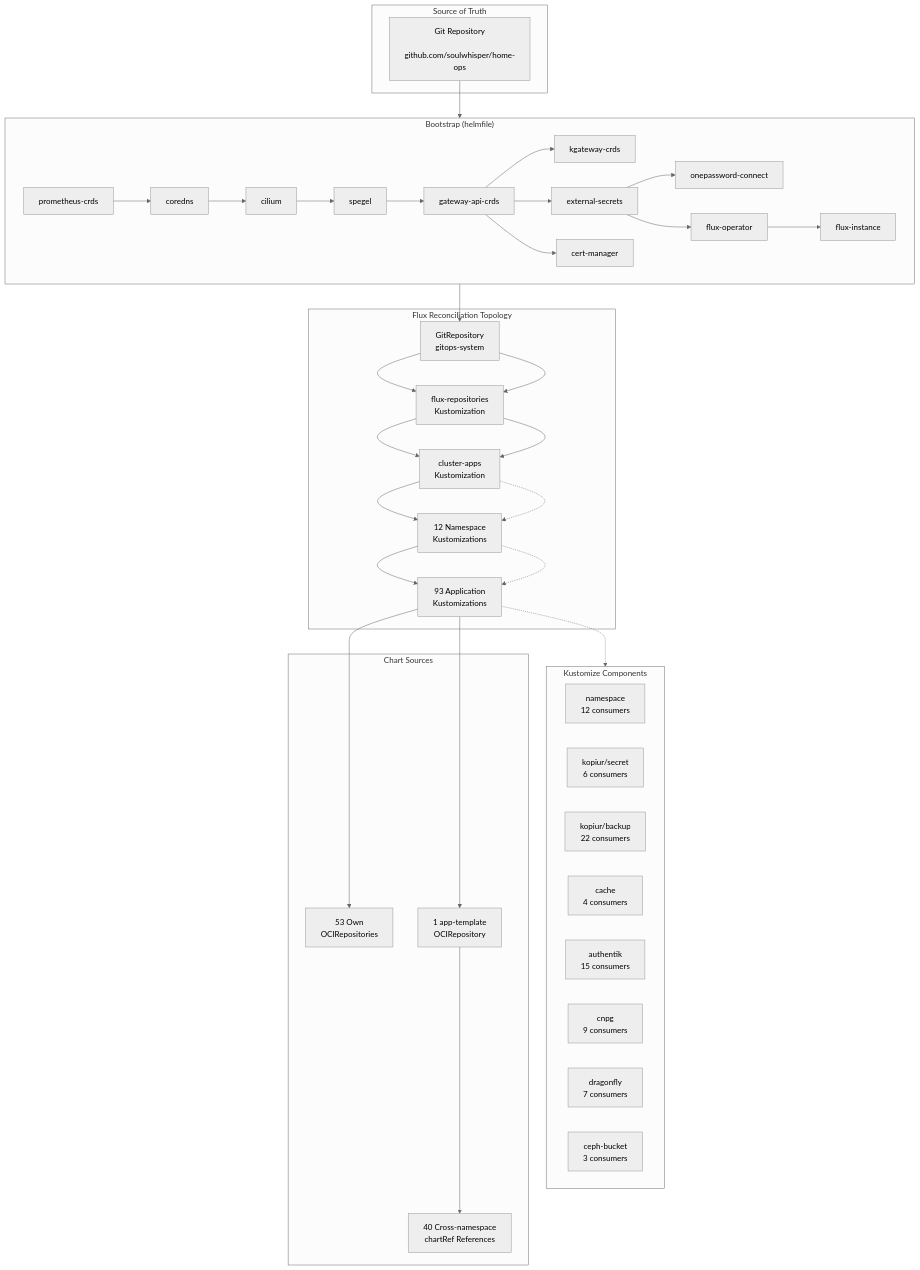
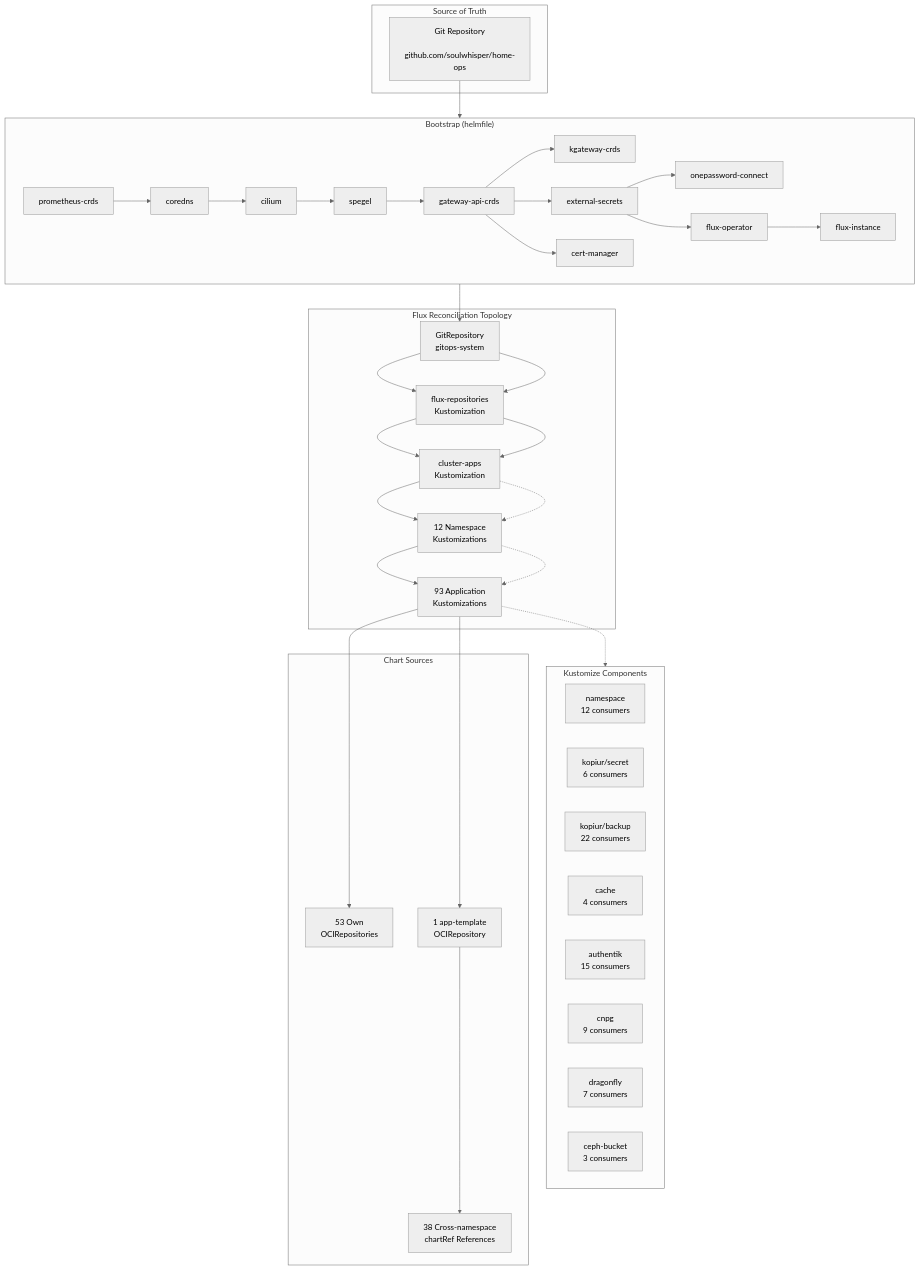
Before and after one commit to soulwhisper/home-ops: the diagram in docs/infrastructure/kubernetes.md, drawn with Mermaid (neutral theme). The commit also changed other lines of this file and 25 other files, not shown here.

````diff
--- a/docs/infrastructure/kubernetes.md
+++ b/docs/infrastructure/kubernetes.md
@@ -12,72 +12,72 @@
 ```mermaid
 flowchart TB
     subgraph Source["Source of Truth"]
         GIT["Git Repository
         github.com/soulwhisper/home-ops"]
     end
 
     subgraph Bootstrap["Bootstrap (helmfile)"]
         direction LR
         B1["prometheus-crds"] --> B2["coredns"]
         B2 --> B3["cilium"]
         B3 --> B4["spegel"]
         B4 --> B5["gateway-api-crds"]
         B5 --> B6["kgateway-crds"]
         B5 --> B7["external-secrets"]
         B5 --> B8["cert-manager"]
         B7 --> B9["onepassword-connect"]
         B7 --> B11["flux-operator"]
         B11 --> B12["flux-instance"]
     end
 
     subgraph FluxTopo["Flux Reconciliation Topology"]
         GR["GitRepository
         gitops-system"] --> FR["flux-repositories
         Kustomization"]
         FR --> CA["cluster-apps
         Kustomization"]
         CA --> NS["12 Namespace
         Kustomizations"]
         NS --> APPS["93 Application
         Kustomizations"]
     end
 
     subgraph Components["Kustomize Components"]
         NS_COMP["namespace
         12 consumers"]
         KOPIUR_SECRET["kopiur/secret
         6 consumers"]
         KOPIUR_BACKUP["kopiur/backup
         22 consumers"]
         CACHE["cache
         4 consumers"]
         AUTHENTIK["authentik
         15 consumers"]
         CNPG["cnpg
         9 consumers"]
         DRAGONFLY["dragonfly
         7 consumers"]
         CEPH["ceph-bucket
         3 consumers"]
     end
 
     subgraph Charts["Chart Sources"]
         OCI_OWN["53 Own
         OCIRepositories"]
         OCI_TPL["1 app-template
         OCIRepository"]
-        CROSS["40 Cross-namespace
+        CROSS["38 Cross-namespace
         chartRef References"]
     end
 
     GIT --> Bootstrap
     Bootstrap --> GR
     GR --> FR
     FR --> CA
     CA -.-> NS
     NS -.-> APPS
     APPS -.-> Components
     APPS --> OCI_OWN
     APPS --> OCI_TPL
     OCI_TPL --> CROSS
 ```
````
